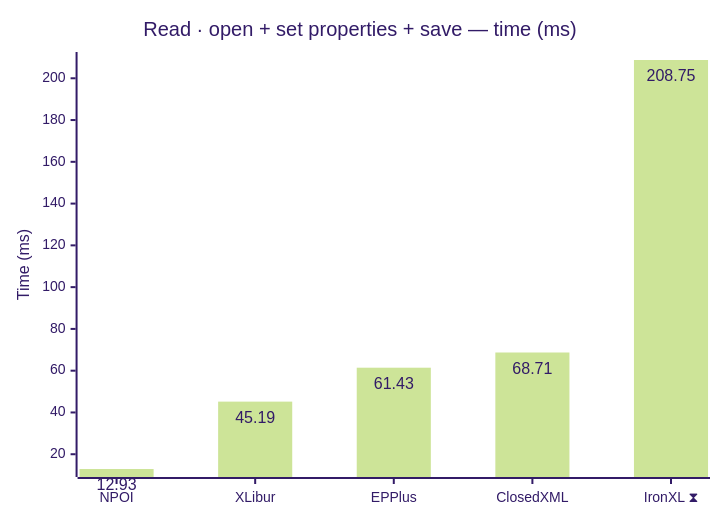
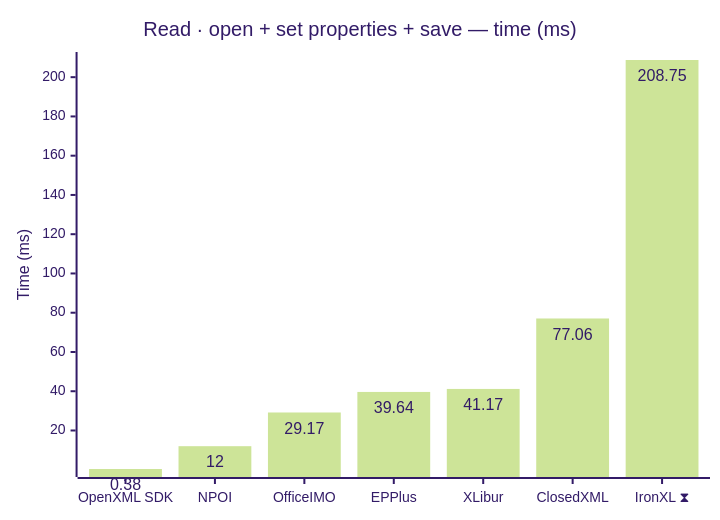
One commit to jafin/XLBench changed the first of 12 diagrams in docs/results-ci.md. Above: the diagram before and after it, drawn with Mermaid (forest theme). The commit also changed other lines of this file, not shown here.

````diff
--- a/docs/results-ci.md
+++ b/docs/results-ci.md
@@ -41,12 +43,12 @@
 ```mermaid
 ---
 config:
   xyChart:
     showDataLabel: true
 ---
 xychart-beta
     title "Read · open + set properties + save — time (ms)"
-    x-axis ["NPOI", "XLibur", "EPPlus", "ClosedXML", "IronXL ⧗"]
+    x-axis ["OpenXML SDK", "NPOI", "OfficeIMO", "EPPlus", "XLibur", "ClosedXML", "IronXL ⧗"]
     y-axis "Time (ms)"
-    bar [12.93, 45.19, 61.43, 68.71, 208.75]
+    bar [0.38, 12, 29.17, 39.64, 41.17, 77.06, 208.75]
 ```
````
